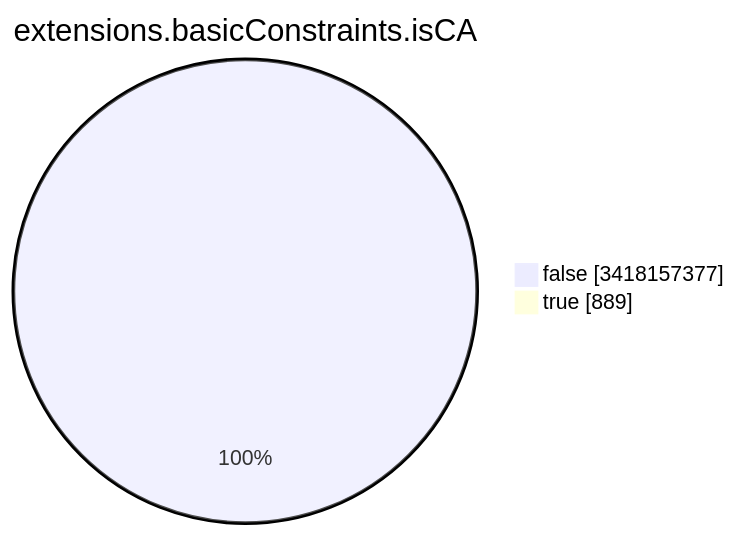
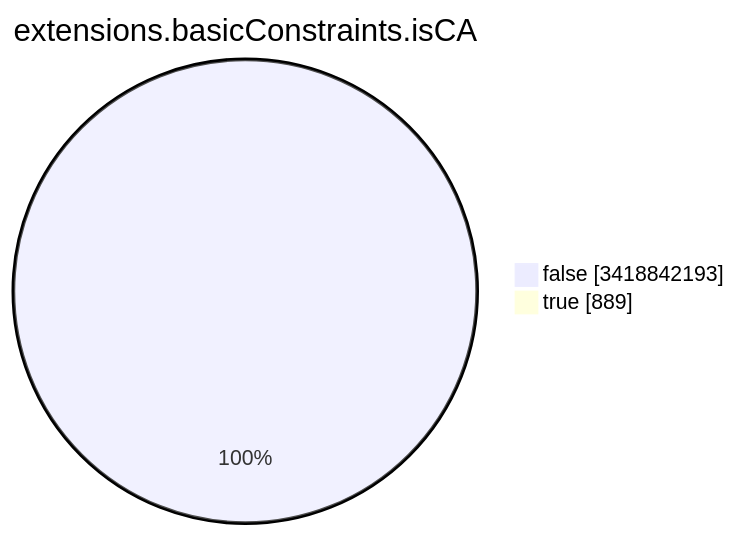
One commit to christiankrug/ctmonitor_visualization changed the seventh of 15 diagrams in TOTAL/README.md. Above: the diagram before and after it, drawn with Mermaid. The commit also changed other lines of this file, not shown here.

````diff
--- a/TOTAL/README.md
+++ b/TOTAL/README.md
@@ -3092,6 +3092,6 @@
 ```mermaid
 pie showData
 title extensions.basicConstraints.isCA
-"false" :3418157377
+"false" :3418842193
 "true" :889
 ```
````
